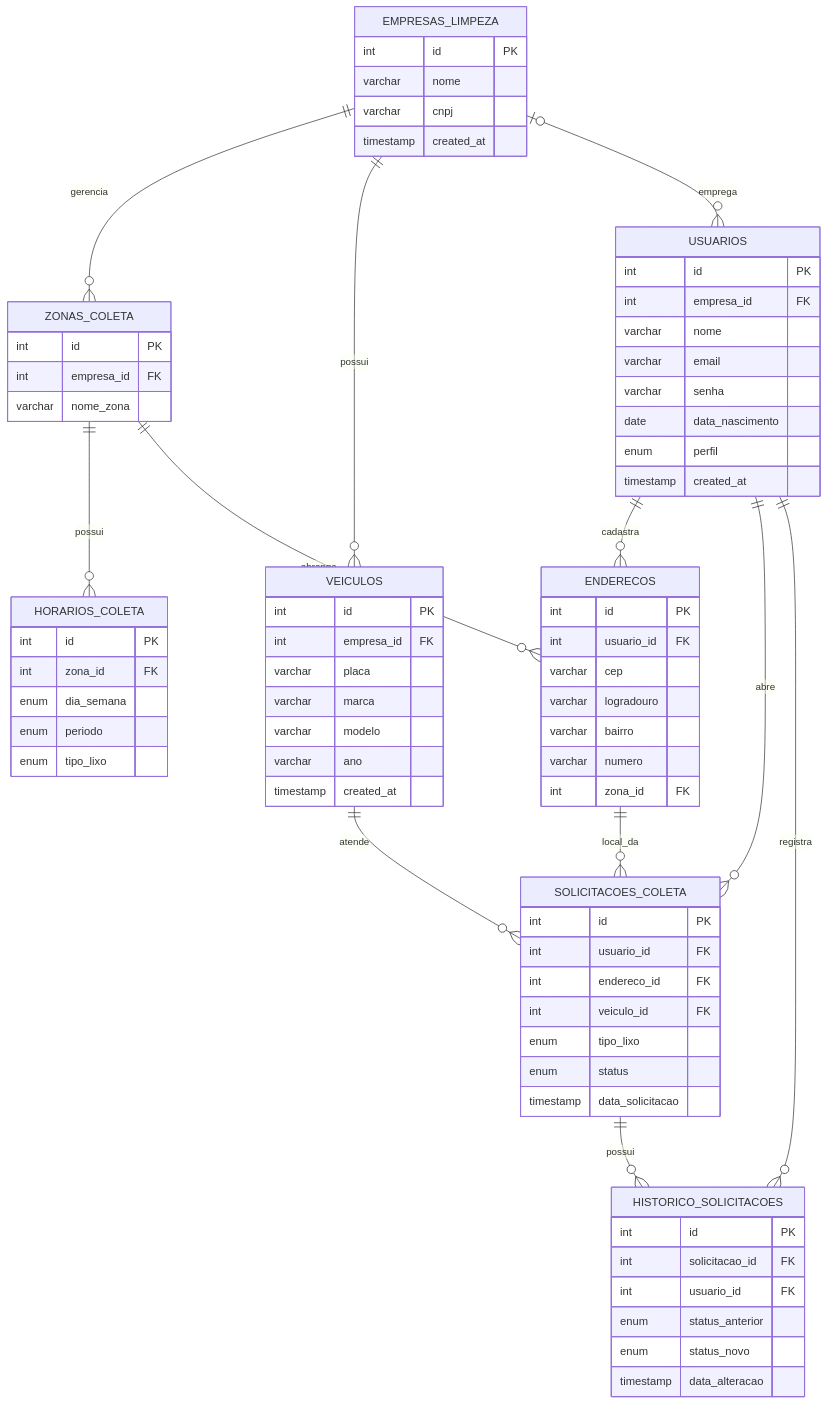
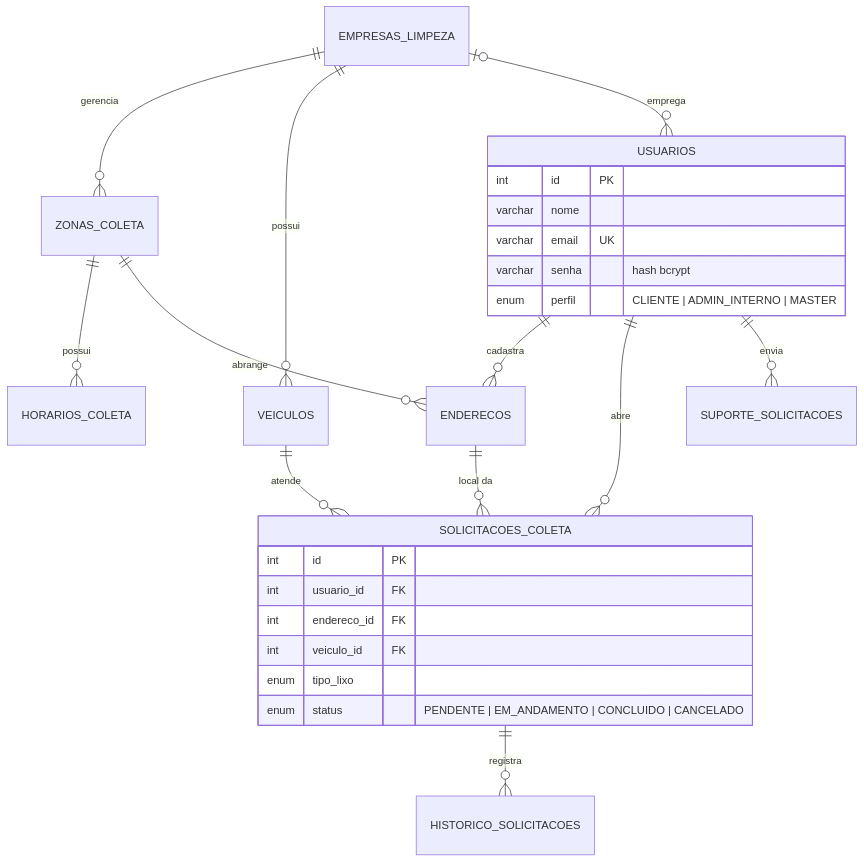
One commit to Toliveira-08/Garixos-RJ changed the diagram in README.md. Above: the diagram before and after it, drawn with Mermaid. The commit also changed other lines of this file and 5 other files, not shown here.

````diff
--- a/README.md
+++ b/README.md
@@ -70,78 +80,30 @@
 ```mermaid
 erDiagram
-    EMPRESAS_LIMPEZA {
+    EMPRESAS_LIMPEZA ||--o{ ZONAS_COLETA : "gerencia"
+    EMPRESAS_LIMPEZA ||--o{ VEICULOS : "possui"
+    EMPRESAS_LIMPEZA |o--o{ USUARIOS : "emprega"
+    ZONAS_COLETA ||--o{ HORARIOS_COLETA : "possui"
+    ZONAS_COLETA ||--o{ ENDERECOS : "abrange"
+    USUARIOS ||--o{ ENDERECOS : "cadastra"
+    USUARIOS ||--o{ SOLICITACOES_COLETA : "abre"
+    USUARIOS ||--o{ SUPORTE_SOLICITACOES : "envia"
+    ENDERECOS ||--o{ SOLICITACOES_COLETA : "local da"
+    VEICULOS ||--o{ SOLICITACOES_COLETA : "atende"
+    SOLICITACOES_COLETA ||--o{ HISTORICO_SOLICITACOES : "registra"
+
+    USUARIOS {
         int id PK
         varchar nome
-        varchar cnpj
-        timestamp created_at
-    }
-    ZONAS_COLETA {
-        int id PK
-        int empresa_id FK
-        varchar nome_zona
-    }
-    HORARIOS_COLETA {
-        int id PK
-        int zona_id FK
-        enum dia_semana
-        enum periodo
-        enum tipo_lixo
-    }
-    VEICULOS {
-        int id PK
-        int empresa_id FK
-        varchar placa
-        varchar marca
-        varchar modelo
-        varchar ano
-        timestamp created_at
-    }
-    USUARIOS {
-        int id PK
-        int empresa_id FK
-        varchar nome
-        varchar email
-        varchar senha
-        date data_nascimento
-        enum perfil
-        timestamp created_at
-    }
-    ENDERECOS {
-        int id PK
-        int usuario_id FK
-        varchar cep
-        varchar logradouro
-        varchar bairro
-        varchar numero
-        int zona_id FK
+        varchar email UK
+        varchar senha "hash bcrypt"
+        enum perfil "CLIENTE | ADMIN_INTERNO | MASTER"
     }
     SOLICITACOES_COLETA {
         int id PK
         int usuario_id FK
         int endereco_id FK
         int veiculo_id FK
         enum tipo_lixo
-        enum status
-        timestamp data_solicitacao
+        enum status "PENDENTE | EM_ANDAMENTO | CONCLUIDO | CANCELADO"
     }
-    HISTORICO_SOLICITACOES {
-        int id PK
-        int solicitacao_id FK
-        int usuario_id FK
-        enum status_anterior
-        enum status_novo
-        timestamp data_alteracao
-    }
-
-    EMPRESAS_LIMPEZA ||--o{ ZONAS_COLETA : "gerencia"
-    EMPRESAS_LIMPEZA ||--o{ VEICULOS : "possui"
-    ZONAS_COLETA ||--o{ HORARIOS_COLETA : "possui"
-    ZONAS_COLETA ||--o{ ENDERECOS : "abrange"
-    VEICULOS ||--o{ SOLICITACOES_COLETA : "atende"
-    USUARIOS ||--o{ ENDERECOS : "cadastra"
-    USUARIOS ||--o{ SOLICITACOES_COLETA : "abre"
-    USUARIOS ||--o{ HISTORICO_SOLICITACOES : "registra"
-    ENDERECOS ||--o{ SOLICITACOES_COLETA : "local_da"
-    SOLICITACOES_COLETA ||--o{ HISTORICO_SOLICITACOES : "possui"
-    EMPRESAS_LIMPEZA |o--o{ USUARIOS : "emprega"
-```   
+```
````
